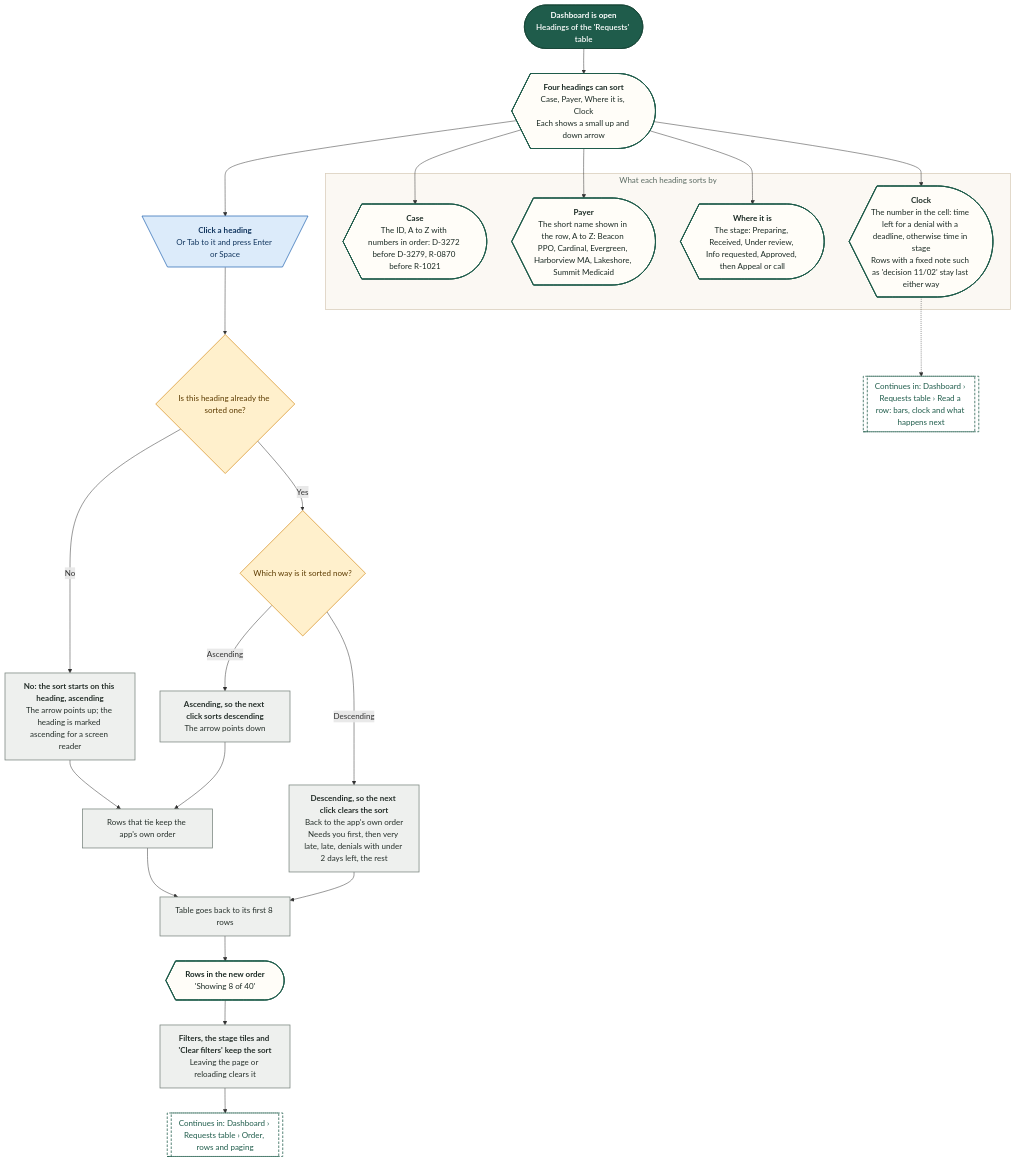
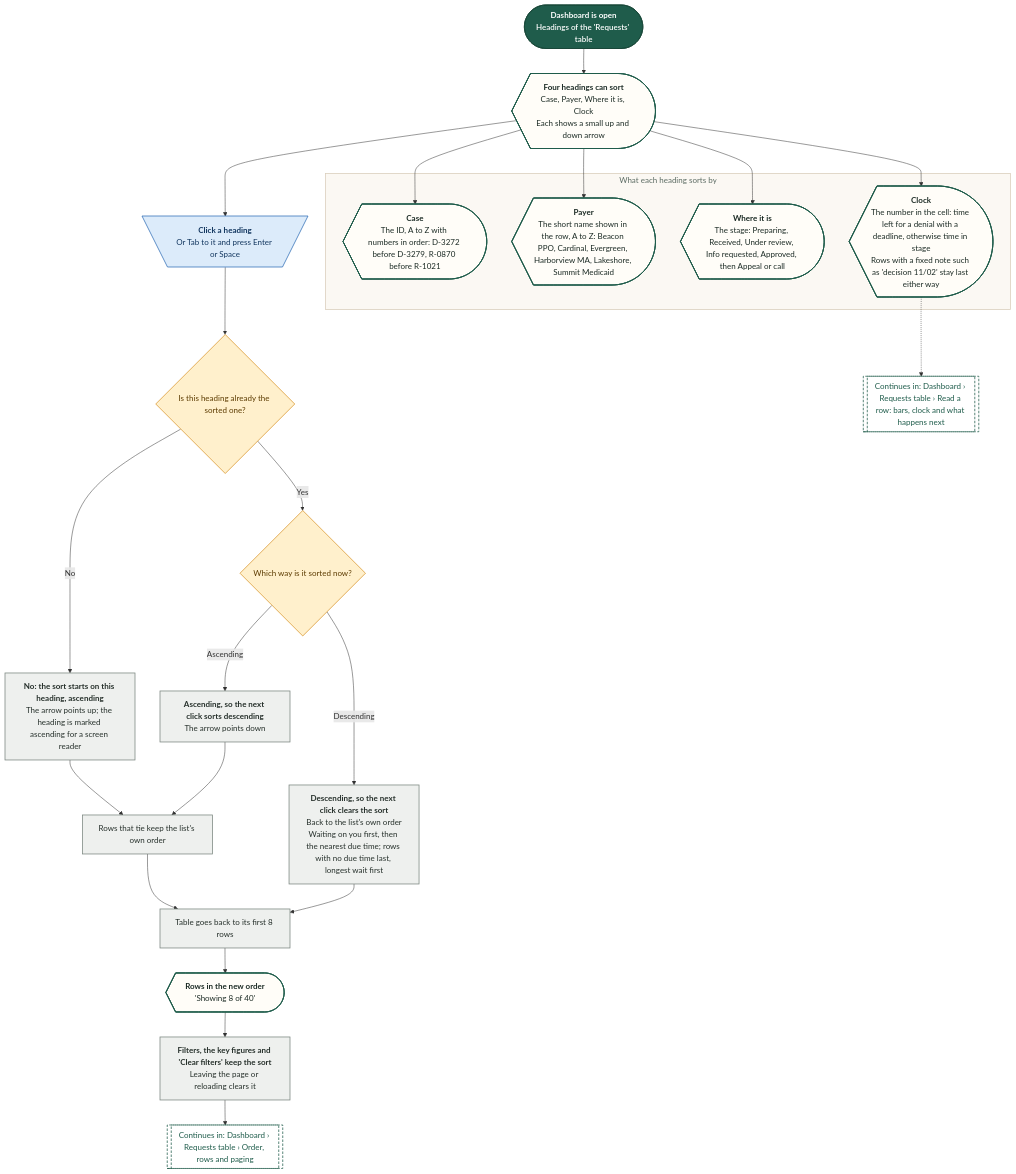
The diagram in demos/prior-auth-demo/workflows/out/mmd/02-dashboard/62-requests-table-sort-the-rows.mmd (Shrav143/psyfloapp), drawn with Mermaid before and after one commit. The commit also changed 192 other files, not shown here.

First line of the commit message:
docs: changelog by sidebar tab; README, diagrams and Settings layout aligned with the refinement; shared InfoTip; referral cost-share line

```diff
--- a/demos/prior-auth-demo/workflows/out/mmd/02-dashboard/62-requests-table-sort-the-rows.mmd
+++ b/demos/prior-auth-demo/workflows/out/mmd/02-dashboard/62-requests-table-sort-the-rows.mmd
@@ -1,54 +1,54 @@
 %%{init: {"theme":"base","themeVariables":{"fontFamily":"'DM Sans', 'Segoe UI', system-ui, sans-serif","fontSize":"15px","lineColor":"#5B6B63","primaryTextColor":"#1C2B25","clusterBkg":"#FBF8F3","clusterBorder":"#D9CDBB","edgeLabelBackground":"#FFFFFF"},"flowchart":{"curve":"basis","nodeSpacing":36,"rankSpacing":48,"padding":12,"htmlLabels":true,"useMaxWidth":false,"wrappingWidth":230}} }%%
 flowchart TD
   classDef k_start fill:#1F5C4B,stroke:#174638,color:#FFFFFF,stroke-width:1.5px,font-weight:600
   classDef k_end fill:#DDEFE3,stroke:#2E7D4F,color:#14502F,stroke-width:1.5px,font-weight:600
   classDef k_endx fill:#FBE3E0,stroke:#C0392B,color:#7A1F16,stroke-width:1.5px,font-weight:600
   classDef k_screen fill:#FFFDF8,stroke:#1F5C4B,color:#1C2B25,stroke-width:2px
   classDef k_overlay fill:#F1F7F3,stroke:#1F5C4B,color:#1C2B25,stroke-width:2px,stroke-dasharray:5 3
   classDef k_click fill:#DCEBFA,stroke:#2F6DB5,color:#12365F,stroke-width:1.5px
   classDef k_input fill:#E4E7FF,stroke:#4C5FD5,color:#1D2670,stroke-width:1.5px
   classDef k_process fill:#EEF0EE,stroke:#7A857F,color:#26302B,stroke-width:1.5px
   classDef k_agent fill:#EEE5FA,stroke:#7A4FC2,color:#341A63,stroke-width:1.5px
   classDef k_decision fill:#FFF0CC,stroke:#D9962B,color:#5C3B00,stroke-width:1.5px
   classDef k_store fill:#D5F0EA,stroke:#1C8E7B,color:#0B4A3F,stroke-width:1.5px
   classDef k_doc fill:#F6E9DC,stroke:#B07A4C,color:#4A2E14,stroke-width:1.5px
   classDef k_ext fill:#FFE6D2,stroke:#E07B39,color:#6B2F06,stroke-width:1.5px
   classDef k_wait fill:#E4E8EE,stroke:#6B7C93,color:#26303D,stroke-width:1.5px
   classDef k_toast fill:#FFF9DB,stroke:#C9A400,color:#5A4A00,stroke-width:1.5px
   classDef k_goto fill:#FFFFFF,stroke:#1F5C4B,color:#1F5C4B,stroke-width:1.5px,stroke-dasharray:5 3
   s1@{ shape: stadium, label: "<b>Dashboard is open</b><br/>Headings of the 'Requests' table" }
   h1@{ shape: curv-trap, label: "<b>Four headings can sort</b><br/>Case, Payer, Where it is, Clock<br/>Each shows a small up and down arrow" }
   c1@{ shape: trap-t, label: "<b>Click a heading</b><br/>Or Tab to it and press Enter or Space" }
   d1@{ shape: diam, label: "Is this heading already the sorted one?" }
   p1@{ shape: rect, label: "<b>No: the sort starts on this heading, ascending</b><br/>The arrow points up; the heading is marked ascending for a screen reader" }
   d2@{ shape: diam, label: "Which way is it sorted now?" }
   p2@{ shape: rect, label: "<b>Ascending, so the next click sorts descending</b><br/>The arrow points down" }
-  p3@{ shape: rect, label: "<b>Descending, so the next click clears the sort</b><br/>Back to the app's own order<br/>Needs you first, then very late, late, denials with under 2 days left, the rest" }
-  p4@{ shape: rect, label: "Rows that tie keep the app's own order" }
+  p3@{ shape: rect, label: "<b>Descending, so the next click clears the sort</b><br/>Back to the list's own order<br/>Waiting on you first, then the nearest due time; rows with no due time last, longest wait first" }
+  p4@{ shape: rect, label: "Rows that tie keep the list's own order" }
   p5@{ shape: rect, label: "Table goes back to its first 8 rows" }
   sc@{ shape: curv-trap, label: "<b>Rows in the new order</b><br/>'Showing 8 of 40'" }
   subgraph gKeys ["What each heading sorts by"]
   k1@{ shape: curv-trap, label: "<b>Case</b><br/>The ID, A to Z with numbers in order: D-3272 before D-3279, R-0870 before R-1021" }
   k2@{ shape: curv-trap, label: "<b>Payer</b><br/>The short name shown in the row, A to Z: Beacon PPO, Cardinal, Evergreen, Harborview MA, Lakeshore, Summit Medicaid" }
   k3@{ shape: curv-trap, label: "<b>Where it is</b><br/>The stage: Preparing, Received, Under review, Info requested, Approved, then Appeal or call" }
   k4@{ shape: curv-trap, label: "<b>Clock</b><br/>The number in the cell: time left for a denial with a deadline, otherwise time in stage<br/>Rows with a fixed note such as 'decision 11/02' stay last either way" }
   end
-  p6@{ shape: rect, label: "<b>Filters, the stage tiles and 'Clear filters' keep the sort</b><br/>Leaving the page or reloading clears it" }
+  p6@{ shape: rect, label: "<b>Filters, the key figures and 'Clear filters' keep the sort</b><br/>Leaving the page or reloading clears it" }
   g1@{ shape: subproc, label: "Continues in: Dashboard › Requests table › Order, rows and paging" }
   g2@{ shape: subproc, label: "Continues in: Dashboard › Requests table › Read a row: bars, clock and what happens next" }
   s1 --> h1 --> c1 --> d1
   d1 -->|"No"| p1 --> p4
   d1 -->|"Yes"| d2
   d2 -->|"Ascending"| p2 --> p4
   d2 -->|"Descending"| p3 --> p5
   p4 --> p5 --> sc
   sc --> p6 --> g1
   h1 --> k1 & k2 & k3 & k4
   k4 -.-> g2
   class s1 k_start
   class h1,sc,k1,k2,k3,k4 k_screen
   class c1 k_click
   class d1,d2 k_decision
   class p1,p2,p3,p4,p5,p6 k_process
   class g1,g2 k_goto
   style gKeys fill:#FBF8F3,stroke:#D9CDBB,stroke-width:1.5px,color:#5B6B63
```
